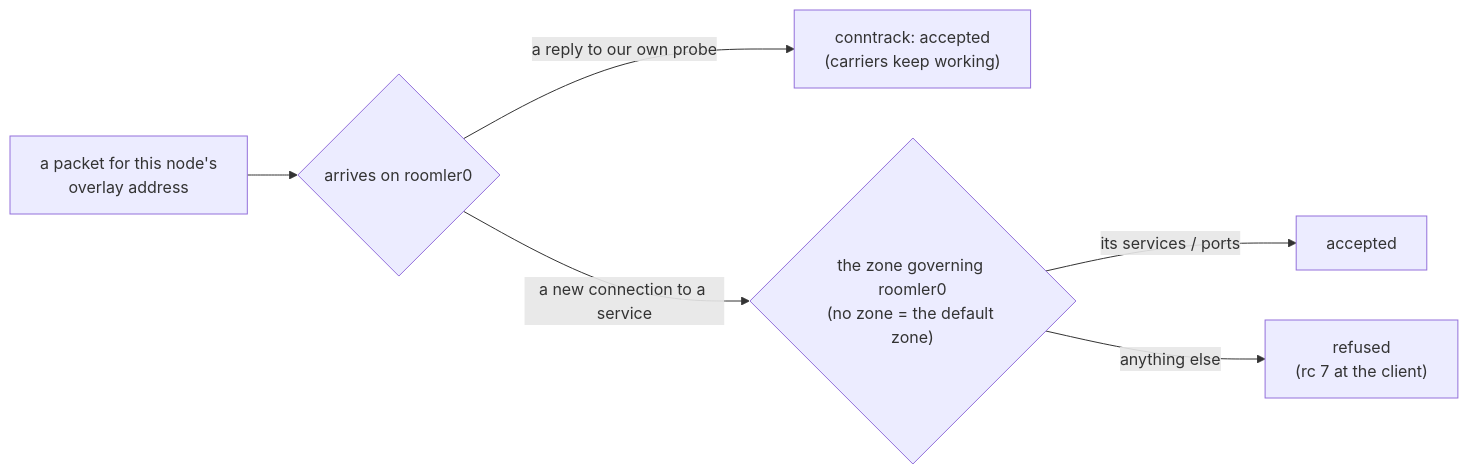
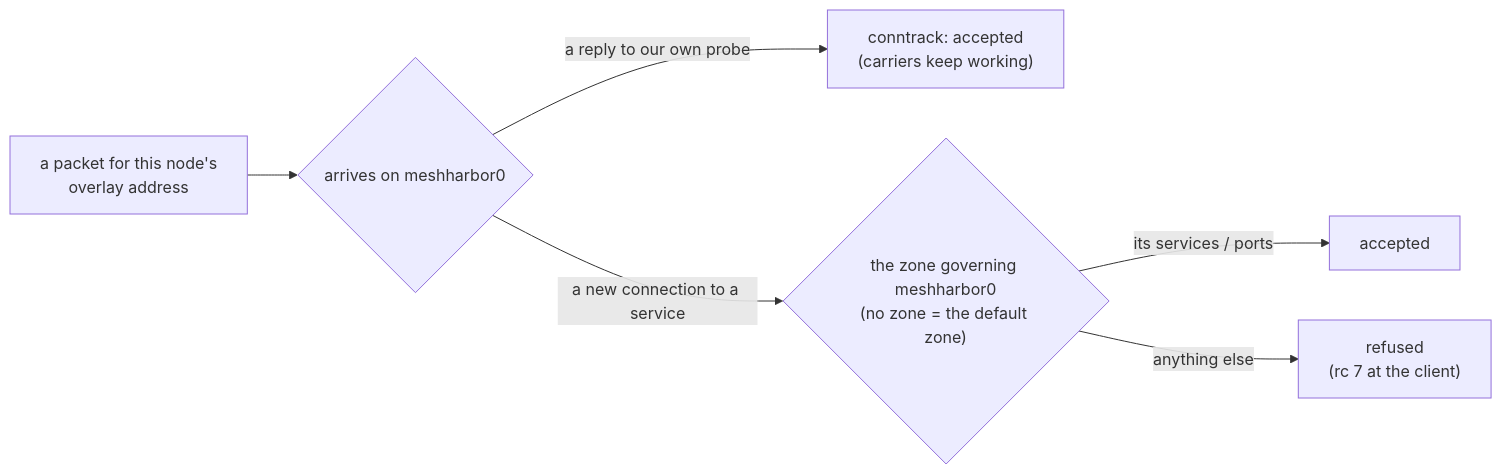
One commit to jk-zhang-meta/MeshHarbor changed the tenth of 13 diagrams in docs/overlay-communication.md. Above: the diagram before and after it, drawn with Mermaid. The commit also changed other lines of this file and 682 other files, not shown here.

````diff
--- a/docs/overlay-communication.md
+++ b/docs/overlay-communication.md
@@ -556,8 +556,8 @@
 ```mermaid
 flowchart LR
-    P["a packet for this node's<br/>overlay address"] --> A{"arrives on roomler0"}
+    P["a packet for this node's<br/>overlay address"] --> A{"arrives on meshharbor0"}
     A -->|"a reply to our own probe"| C["conntrack: accepted<br/>(carriers keep working)"]
-    A -->|"a new connection to a service"| Z{"the zone governing roomler0<br/>(no zone = the default zone)"}
+    A -->|"a new connection to a service"| Z{"the zone governing meshharbor0<br/>(no zone = the default zone)"}
     Z -->|"its services / ports"| OK["accepted"]
     Z -->|"anything else"| NO["refused<br/>(rc 7 at the client)"]
 ```
````
